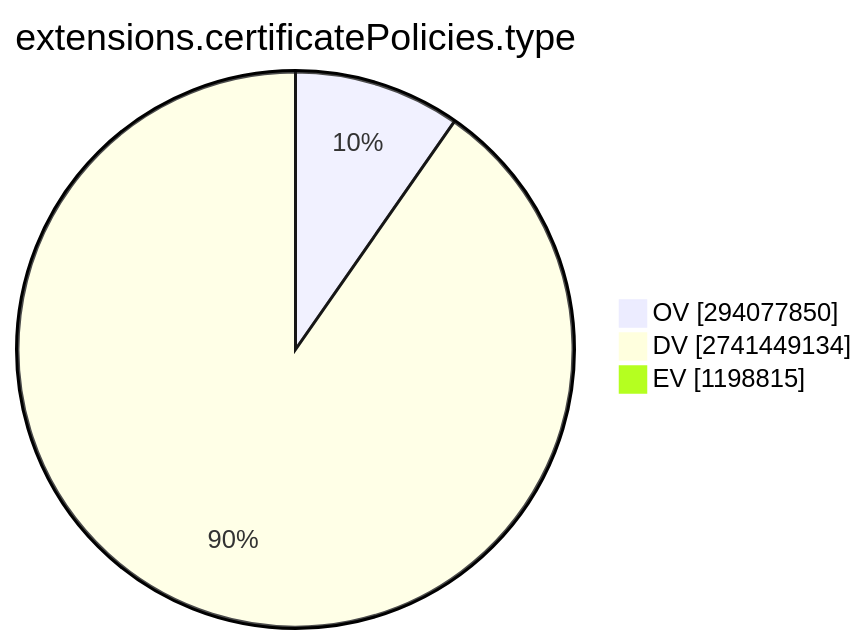
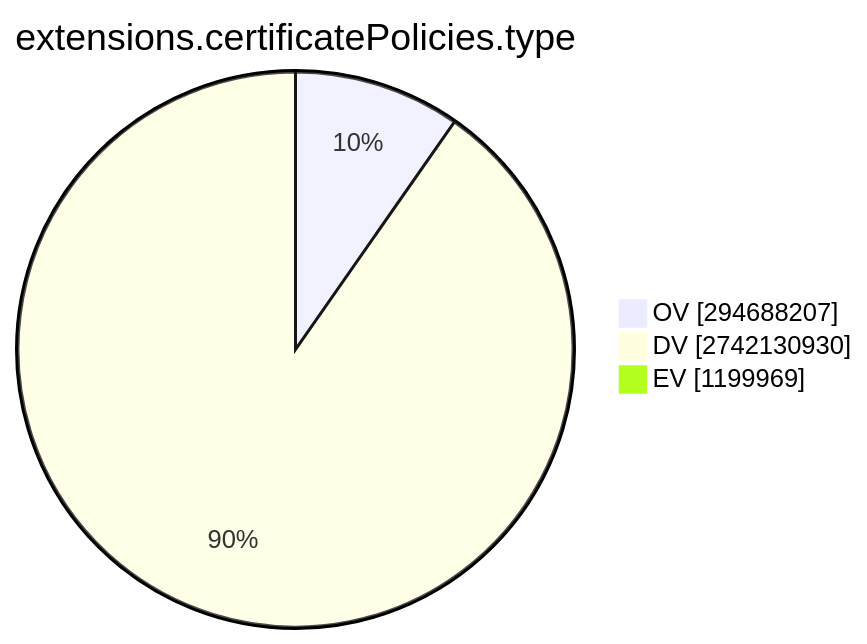
The ninth of 15 diagrams in TOTAL/README.md (christiankrug/ctmonitor_visualization), drawn with Mermaid before and after one commit. The commit also changed other lines of this file, not shown here.

````diff
--- a/TOTAL/README.md
+++ b/TOTAL/README.md
@@ -3093,7 +3095,7 @@
 ```mermaid
 pie showData
 title extensions.certificatePolicies.type
-"OV" :294077850
-"DV" :2741449134
-"EV" :1198815
+"OV" :294688207
+"DV" :2742130930
+"EV" :1199969
 ```
````
